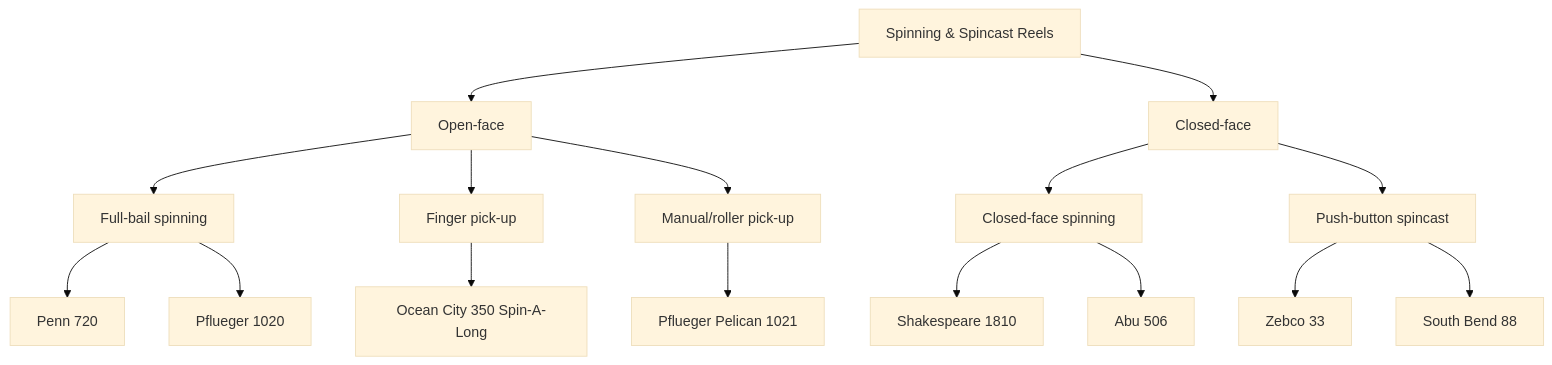
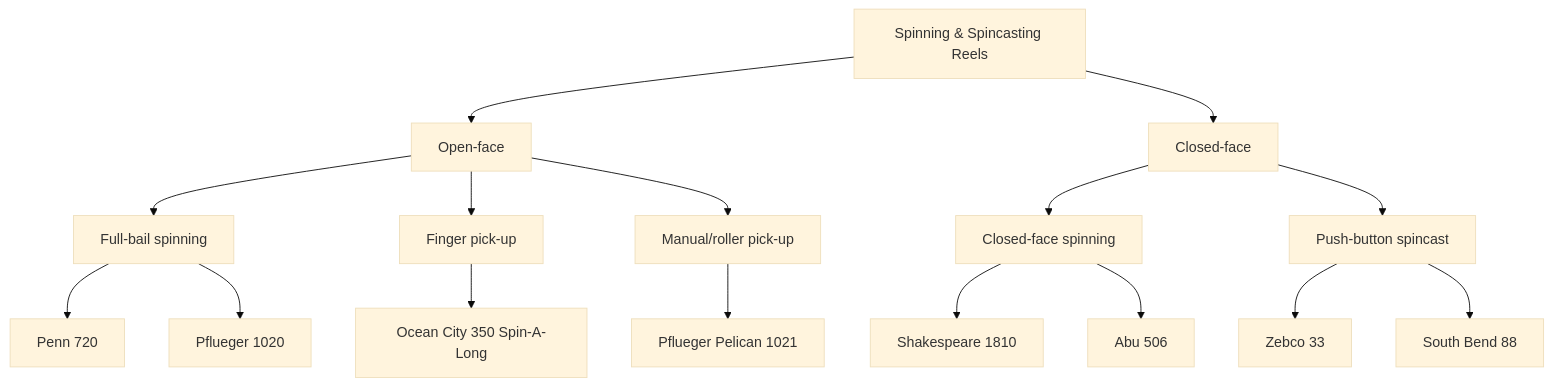
One commit to john-tech-writer/vintage-reel-service-guides changed the second of 4 diagrams in docs/reel-taxonomy.md. Above: the diagram before and after it, drawn with Mermaid (base theme). The commit also changed other lines of this file and 1 other file, not shown here.

Commit message:
fixing mermaid on gh

````diff
--- a/docs/reel-taxonomy.md
+++ b/docs/reel-taxonomy.md
@@ -3,27 +38,27 @@
 ```mermaid
 
 flowchart TD
-  A[Spinning & Spincast Reels]
+  A[Spinning & Spincasting Reels]
   A --> B[Open-face]
   A --> C[Closed-face]
 
   B --> B1[Full-bail spinning]
   B --> B2[Finger pick-up]
   B --> B3[Manual/roller pick-up]
 
   C --> C1[Closed-face spinning]
   C --> C2[Push-button spincast]
 
   B1 --> D1[Penn 720]
   B1 --> D2[Pflueger 1020]
 
   B2 --> E1[Ocean City 350 Spin-A-Long]
 
   B3 --> F1[Pflueger Pelican 1021]
 
   C1 --> G1[Shakespeare 1810]
   C1 --> G2[Abu 506]
 
   C2 --> H1[Zebco 33]
   C2 --> H2[South Bend 88]
 ```
````
